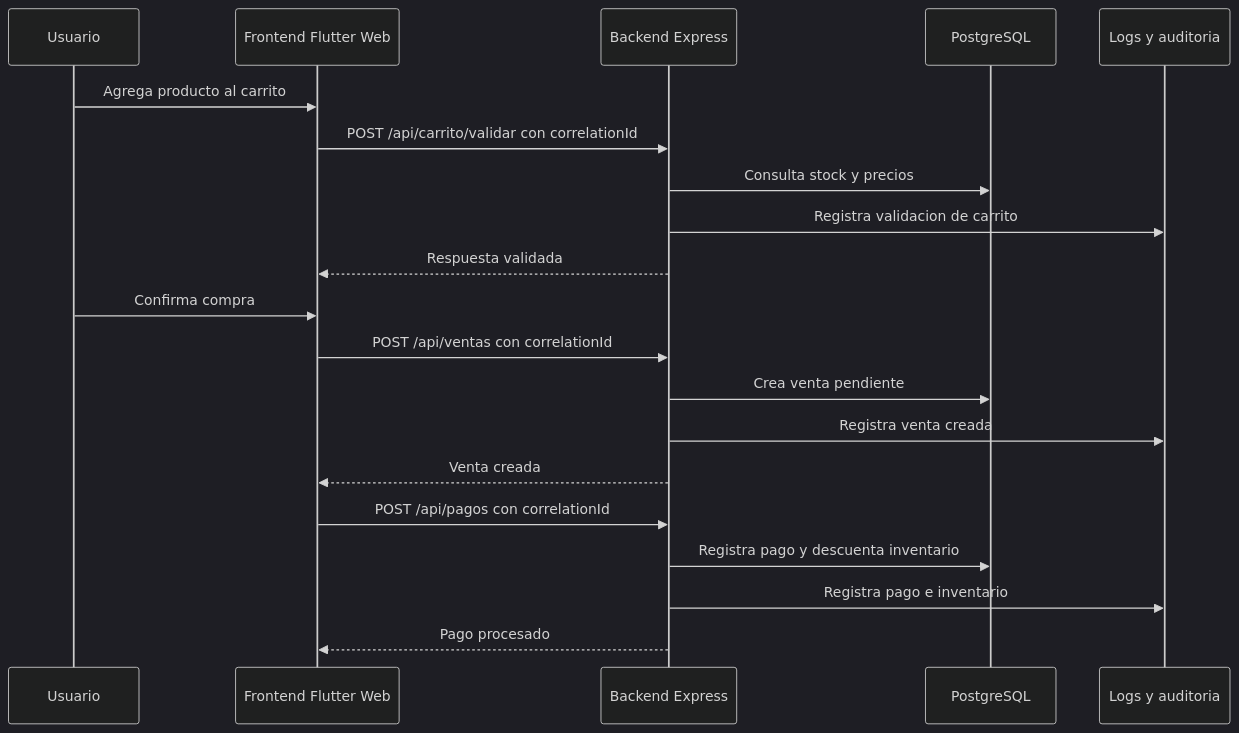
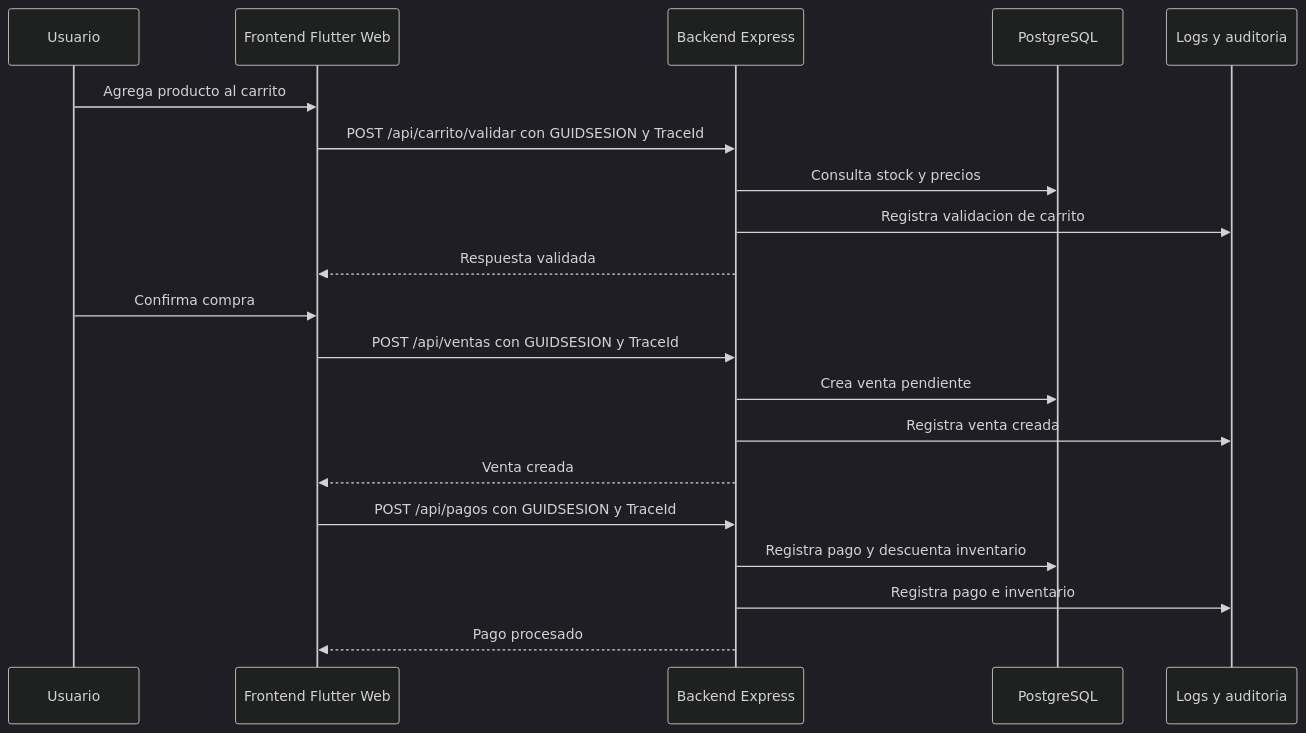
The diagram in docs/arquitectura/ARQUITECTURA_AUDITORIA_OBSERVABILIDAD_TRANSACCIONES.md (uea-jose/Ingenieria_de_Sotware), drawn with Mermaid (dark theme) before and after one commit. The commit also changed other lines of this file and 2 other files, not shown here.

Commit message:
docs: definir auditoria con GUIDSESION y TraceId

````diff
--- a/docs/arquitectura/ARQUITECTURA_AUDITORIA_OBSERVABILIDAD_TRANSACCIONES.md
+++ b/docs/arquitectura/ARQUITECTURA_AUDITORIA_OBSERVABILIDAD_TRANSACCIONES.md
@@ -254,25 +270,25 @@
 ```mermaid
 sequenceDiagram
     participant U as Usuario
     participant F as Frontend Flutter Web
     participant B as Backend Express
     participant DB as PostgreSQL
     participant L as Logs y auditoria
 
     U->>F: Agrega producto al carrito
-    F->>B: POST /api/carrito/validar con correlationId
+    F->>B: POST /api/carrito/validar con GUIDSESION y TraceId
     B->>DB: Consulta stock y precios
     B->>L: Registra validacion de carrito
     B-->>F: Respuesta validada
 
     U->>F: Confirma compra
-    F->>B: POST /api/ventas con correlationId
+    F->>B: POST /api/ventas con GUIDSESION y TraceId
     B->>DB: Crea venta pendiente
     B->>L: Registra venta creada
     B-->>F: Venta creada
 
-    F->>B: POST /api/pagos con correlationId
+    F->>B: POST /api/pagos con GUIDSESION y TraceId
     B->>DB: Registra pago y descuenta inventario
     B->>L: Registra pago e inventario
     B-->>F: Pago procesado
 ```
````
